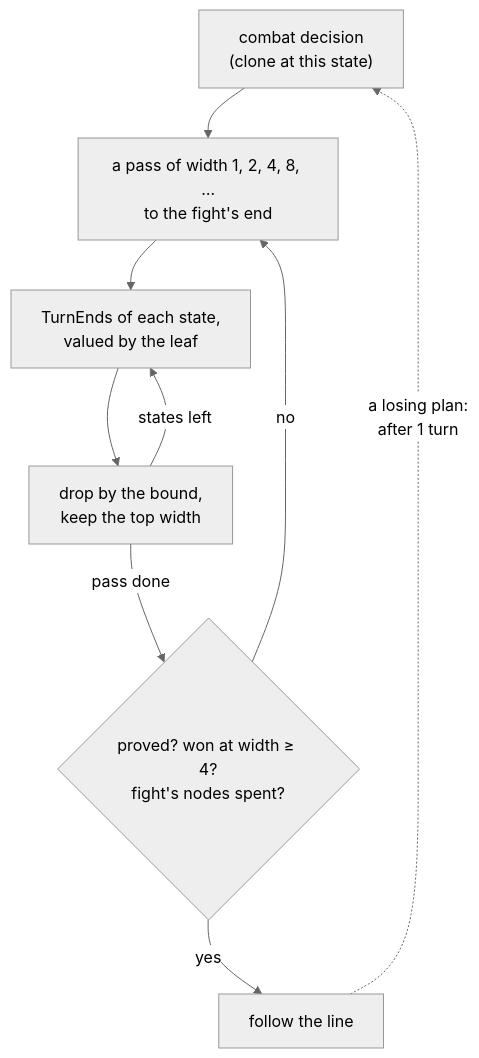
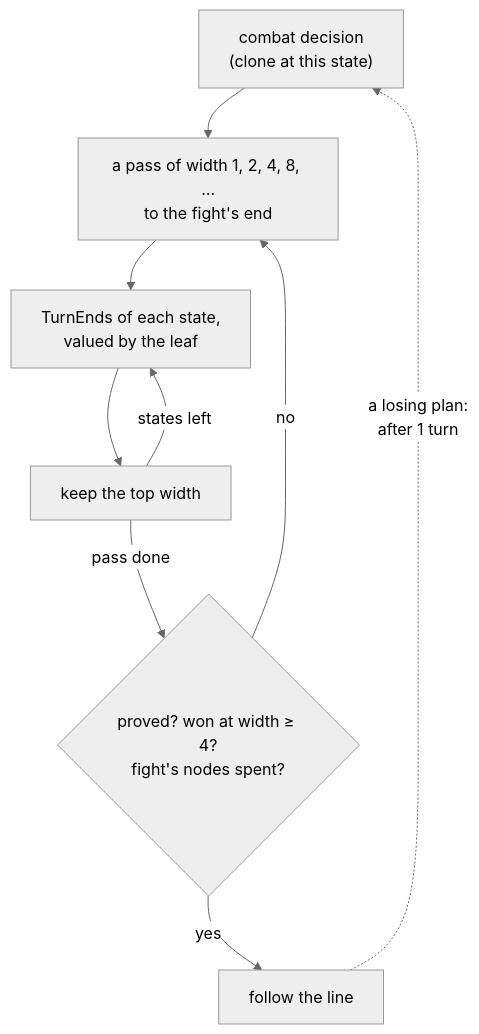
Before and after one commit to shinnku-nikaidou/spire-zero: the second of 2 diagrams in docs/src/content/docs/en/arch/sl-planner/index.mdx, drawn with Mermaid (neutral theme). The commit also changed other lines of this file and 128 other files, not shown here.

````diff
--- a/docs/src/content/docs/en/arch/sl-planner/index.mdx
+++ b/docs/src/content/docs/en/arch/sl-planner/index.mdx
@@ -81,11 +81,11 @@
 ```mermaid
 flowchart TD
   D["combat decision<br/>(clone at this state)"] --> W["a pass of width 1, 2, 4, 8, …<br/>to the fight's end"]
   W --> E["TurnEnds of each state,<br/>valued by the leaf"]
-  E --> B["drop by the bound,<br/>keep the top width"]
+  E --> B["keep the top width"]
   B -->|"states left"| E
   B -->|"pass done"| S{"proved? won at width ≥ 4?<br/>fight's nodes spent?"}
   S -->|"no"| W
   S -->|"yes"| F["follow the line"]
   F -.->|"a losing plan:<br/>after 1 turn"| D
 ```
````
